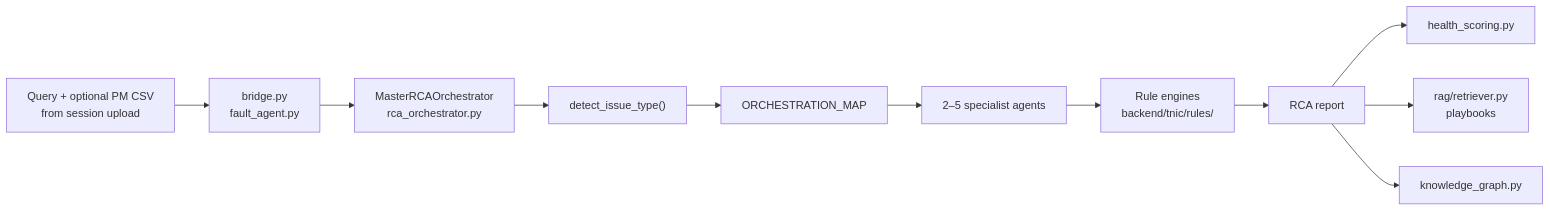
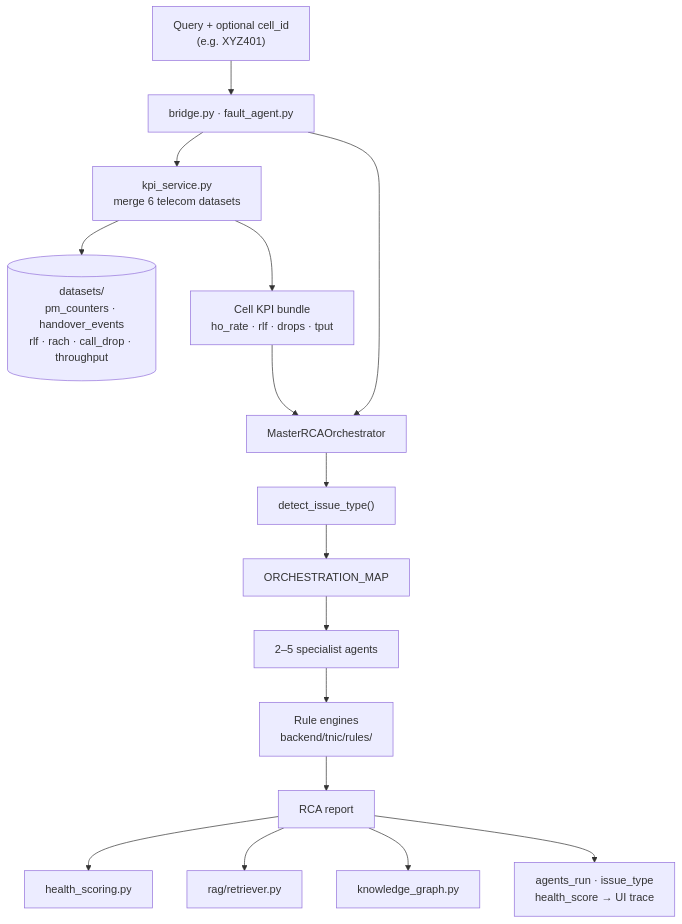
One commit to aqil2020in/telecomgpt changed the third of 10 diagrams in docs/ARCHITECTURE.md. Above: the diagram before and after it, drawn with Mermaid. The commit also changed other lines of this file and 1 other file, not shown here.

First line of the commit message:
Update architecture diagrams for TNIC, datasets, and deployment

````diff
--- a/docs/ARCHITECTURE.md
+++ b/docs/ARCHITECTURE.md
@@ -154,13 +159,18 @@
 ```mermaid
-flowchart LR
-    Q["Query + optional PM CSV\nfrom session upload"] --> BR["bridge.py\nfault_agent.py"]
-    BR --> ORCH["MasterRCAOrchestrator\nrca_orchestrator.py"]
+flowchart TB
+    Q["Query + optional cell_id\n(e.g. XYZ401)"] --> BR["bridge.py · fault_agent.py"]
+    BR --> KPI["kpi_service.py\nmerge 6 telecom datasets"]
+    KPI --> DS[("datasets/\npm_counters · handover_events\nrlf · rach · call_drop · throughput")]
+    KPI --> KPIS["Cell KPI bundle\nho_rate · rlf · drops · tput"]
+    BR --> ORCH["MasterRCAOrchestrator"]
+    KPIS --> ORCH
     ORCH --> DET["detect_issue_type()"]
     DET --> MAP["ORCHESTRATION_MAP"]
     MAP --> AG["2–5 specialist agents"]
     AG --> RULES["Rule engines\nbackend/tnic/rules/"]
     RULES --> OUT["RCA report"]
     OUT --> HS["health_scoring.py"]
-    OUT --> RAG["rag/retriever.py\nplaybooks"]
+    OUT --> RAG["rag/retriever.py"]
     OUT --> KG["knowledge_graph.py"]
+    OUT --> META["agents_run · issue_type\nhealth_score → UI trace"]
 ```
````
